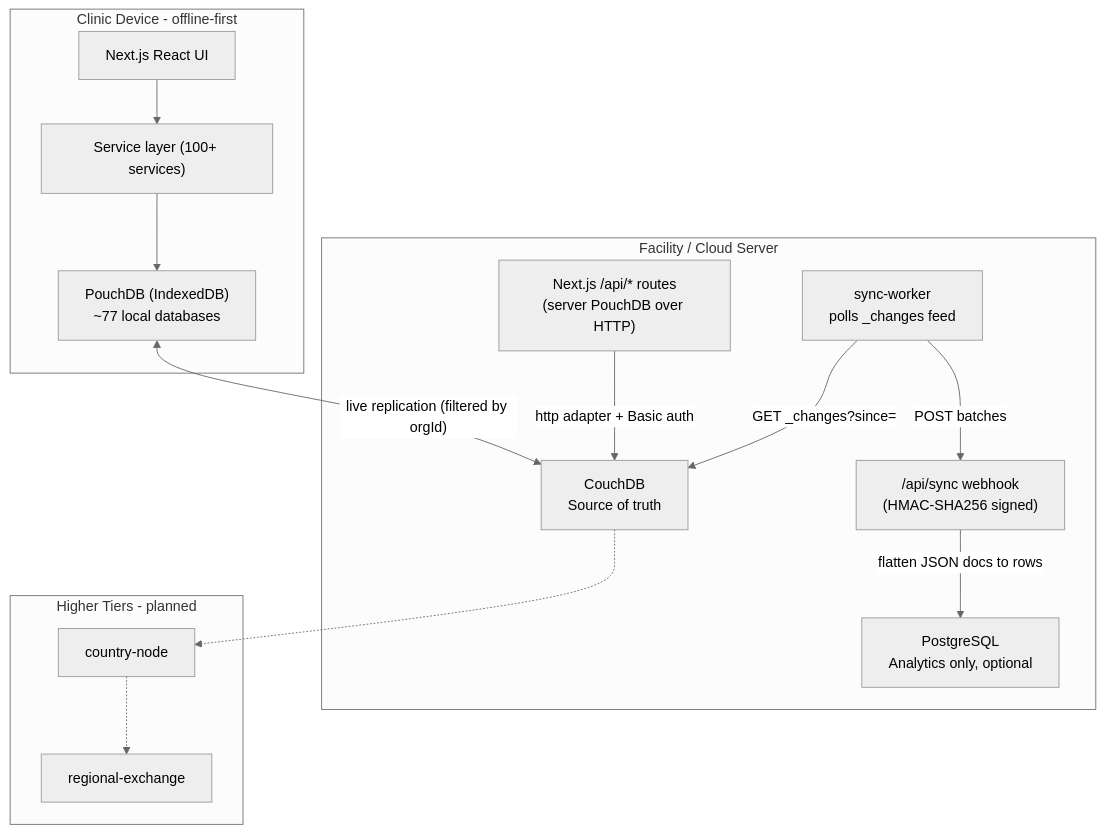
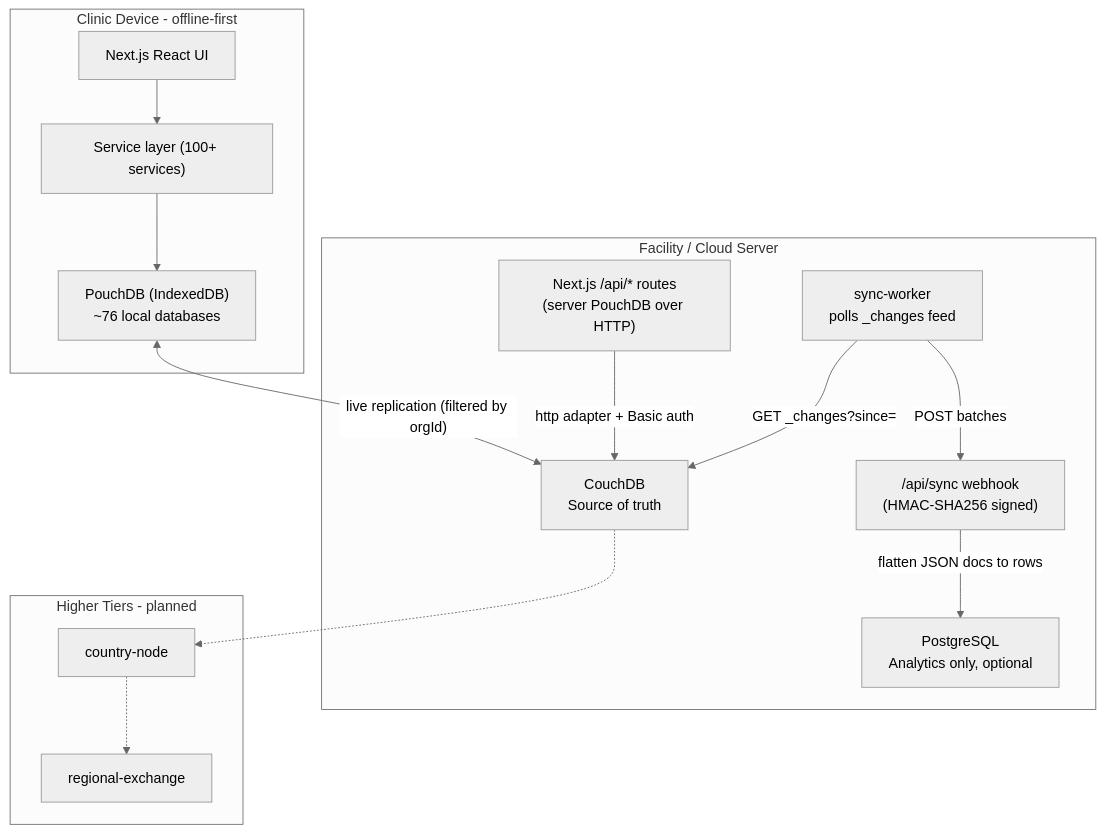
One commit to tamamorg/TamamHealth changed the first of 2 diagrams in docs/ARCHITECTURE.md. Above: the diagram before and after it, drawn with Mermaid (neutral theme). The commit also changed 48 other files, not shown here.

````diff
--- a/docs/ARCHITECTURE.md
+++ b/docs/ARCHITECTURE.md
@@ -15,29 +15,29 @@
 ```mermaid
 flowchart TB
     subgraph clinic [Clinic Device - offline-first]
         UI[Next.js React UI]
         Services["Service layer (100+ services)"]
-        Pouch["PouchDB (IndexedDB)<br/>~77 local databases"]
+        Pouch["PouchDB (IndexedDB)<br/>~76 local databases"]
         UI --> Services --> Pouch
     end
 
     subgraph server [Facility / Cloud Server]
         Couch["CouchDB<br/>Source of truth"]
         ApiRoutes["Next.js /api/* routes<br/>(server PouchDB over HTTP)"]
         Worker["sync-worker<br/>polls _changes feed"]
         SyncApi["/api/sync webhook<br/>(HMAC-SHA256 signed)"]
         PG["PostgreSQL<br/>Analytics only, optional"]
     end
 
     Pouch <-->|"live replication (filtered by orgId)"| Couch
     ApiRoutes -->|"http adapter + Basic auth"| Couch
     Worker -->|"GET _changes?since="| Couch
     Worker -->|"POST batches"| SyncApi
     SyncApi -->|"flatten JSON docs to rows"| PG
 
     subgraph national [Higher Tiers - planned]
         CountryNode[country-node]
         RegionalX[regional-exchange]
     end
     Couch -.-> CountryNode -.-> RegionalX
 ```
````
